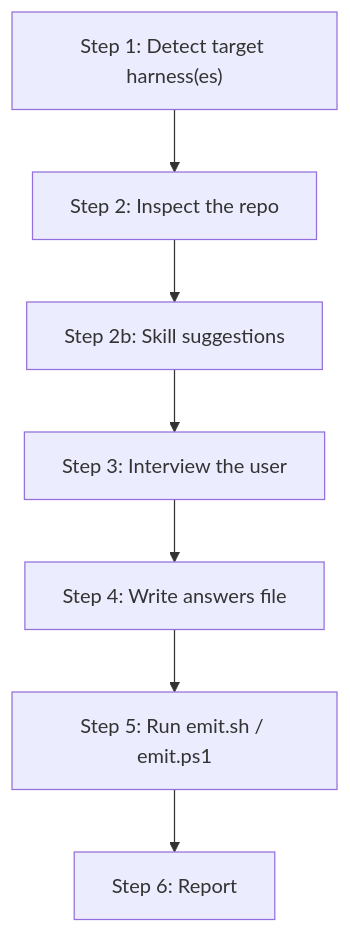
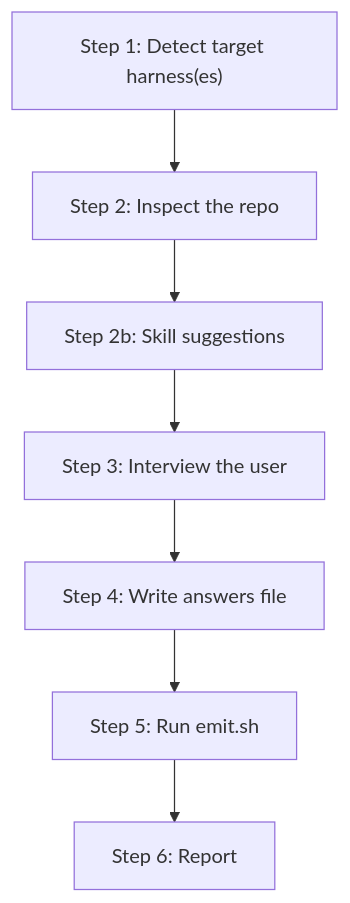
The diagram in docs/agent-kit/guide/getting-started.md (kdcllc/skills), drawn with Mermaid before and after one commit. The commit also changed other lines of this file and 6 other files, not shown here.

````diff
--- a/docs/agent-kit/guide/getting-started.md
+++ b/docs/agent-kit/guide/getting-started.md
@@ -60,17 +60,17 @@
 ```mermaid
 flowchart TD
     Detect["Step 1: Detect target harness(es)"]
     Inspect["Step 2: Inspect the repo"]
     Suggest["Step 2b: Skill suggestions"]
     Interview["Step 3: Interview the user"]
     Answers["Step 4: Write answers file"]
-    Emit["Step 5: Run emit.sh / emit.ps1"]
+    Emit["Step 5: Run emit.sh"]
     Report["Step 6: Report"]
 
     Detect --> Inspect
     Inspect --> Suggest
     Suggest --> Interview
     Interview --> Answers
     Answers --> Emit
     Emit --> Report
 ```
````
